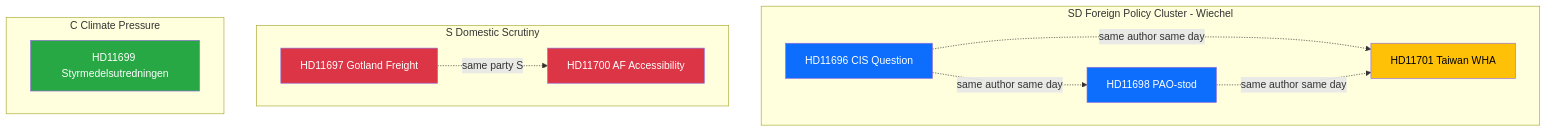
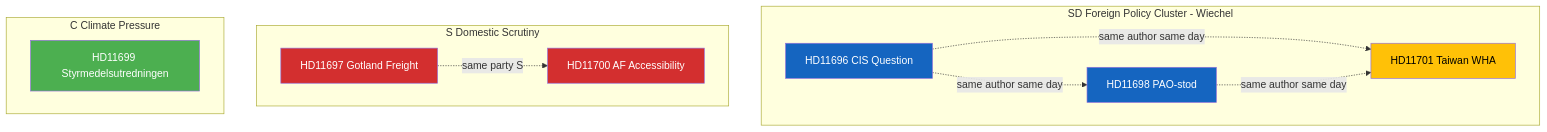
The diagram in analysis/daily/2026-04-10/realtime-1026/cross-reference-map.md (Hack23/riksdagsmonitor), drawn with Mermaid before and after one commit. The commit also changed 785 other files, not shown here.

First line of the commit message:
Normalize mermaid colors across 786 analysis artifacts to ISMS Style Guide palette

````diff
--- a/analysis/daily/2026-04-10/realtime-1026/cross-reference-map.md
+++ b/analysis/daily/2026-04-10/realtime-1026/cross-reference-map.md
@@ -16,29 +16,29 @@
 ```mermaid
 graph TD
     subgraph SD Foreign Policy Cluster - Wiechel
         HD11696[HD11696 CIS Question]
         HD11698[HD11698 PAO-stod]
         HD11701[HD11701 Taiwan WHA]
     end
 
     subgraph S Domestic Scrutiny
         HD11697[HD11697 Gotland Freight]
         HD11700[HD11700 AF Accessibility]
     end
 
     subgraph C Climate Pressure
         HD11699[HD11699 Styrmedelsutredningen]
     end
 
     HD11696 -.->|same author same day| HD11698
     HD11696 -.->|same author same day| HD11701
     HD11698 -.->|same author same day| HD11701
     HD11697 -.->|same party S| HD11700
 
-    style HD11696 fill:#0d6efd,color:#fff
-    style HD11698 fill:#0d6efd,color:#fff
-    style HD11701 fill:#ffc107,color:#000
-    style HD11697 fill:#dc3545,color:#fff
-    style HD11700 fill:#dc3545,color:#fff
-    style HD11699 fill:#28a745,color:#fff
+    style HD11696 fill:#1565C0,color:#FFFFFF
+    style HD11698 fill:#1565C0,color:#FFFFFF
+    style HD11701 fill:#FFC107,color:#000000
+    style HD11697 fill:#D32F2F,color:#FFFFFF
+    style HD11700 fill:#D32F2F,color:#FFFFFF
+    style HD11699 fill:#4CAF50,color:#FFFFFF
 ```
````
